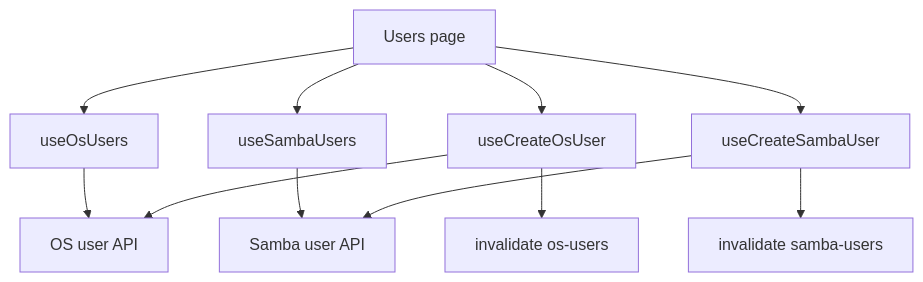
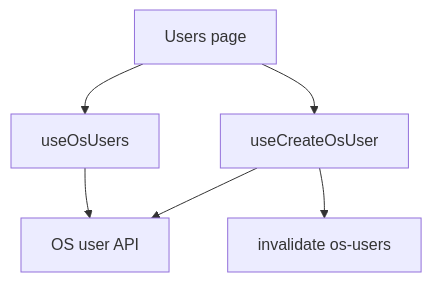
One commit to SARD-81/Soho_UI changed the first of 3 diagrams in docs/05-features/users.md. Above: the diagram before and after it, drawn with Mermaid. The commit also changed other lines of this file, not shown here.

Commit message:
docs: align Users feature with current UI

````diff
--- a/docs/05-features/users.md
+++ b/docs/05-features/users.md
@@ -32,16 +57,10 @@
 ```mermaid
 flowchart TD
     Page[Users page]
     Page --> OQ[useOsUsers]
-    Page --> SQ[useSambaUsers]
     Page --> OC[useCreateOsUser]
-    Page --> SC[useCreateSambaUser]
 
     OQ --> OSAPI[OS user API]
-    SQ --> SMBAPI[Samba user API]
     OC --> OSAPI
-    SC --> SMBAPI
-
     OC --> OINV[invalidate os-users]
-    SC --> SINV[invalidate samba-users]
 ```
````
